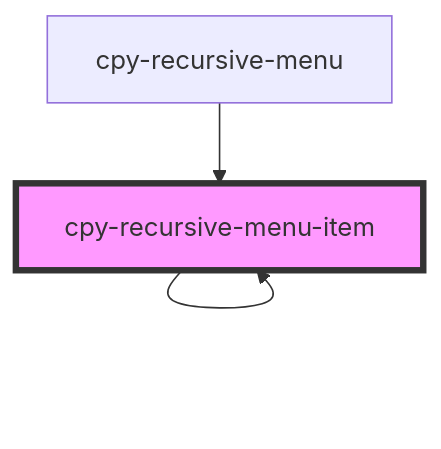
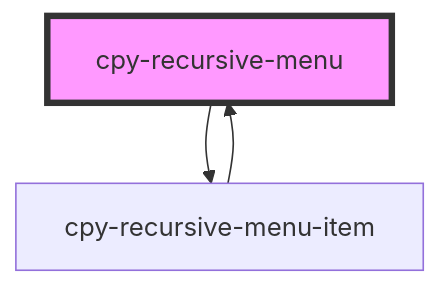
The diagram in stencil-lib/src/components/recursive-menu/readme.md (Lith1um/Canopy-Stencil), drawn with Mermaid before and after one commit. The commit also changed other lines of this file and 34 other files, not shown here.

````diff
--- a/stencil-lib/src/components/recursive-menu/readme.md
+++ b/stencil-lib/src/components/recursive-menu/readme.md
@@ -30,6 +26,6 @@
 ```mermaid
 graph TD;
-  cpy-recursive-menu-item --> cpy-recursive-menu-item
   cpy-recursive-menu --> cpy-recursive-menu-item
-  style cpy-recursive-menu-item fill:#f9f,stroke:#333,stroke-width:4px
+  cpy-recursive-menu-item --> cpy-recursive-menu
+  style cpy-recursive-menu fill:#f9f,stroke:#333,stroke-width:4px
 ```
````
